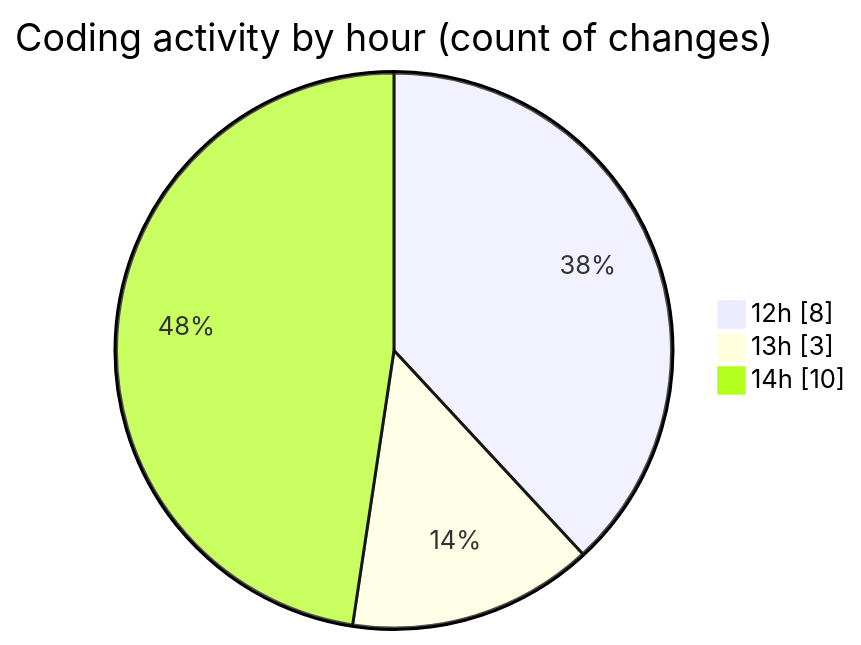
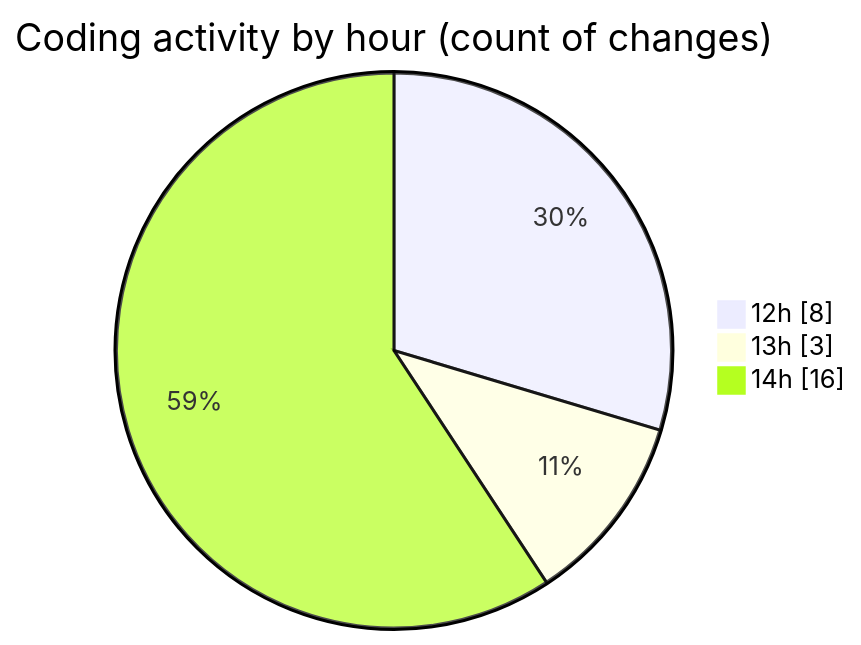
Before and after one commit to nxtqubesakshisongat/code-tracking: the second of 2 diagrams in 2025-08-08/nxtqube_webapp/README.md, drawn with Mermaid. The commit also changed other lines of this file and 1 other file, not shown here.

````diff
--- a/2025-08-08/nxtqube_webapp/README.md
+++ b/2025-08-08/nxtqube_webapp/README.md
@@ -31,7 +31,7 @@
 ```mermaid
 pie showData
 title Coding activity by hour (count of changes)
 "12h" : 8
 "13h" : 3
-"14h" : 10
+"14h" : 16
 ```
````
